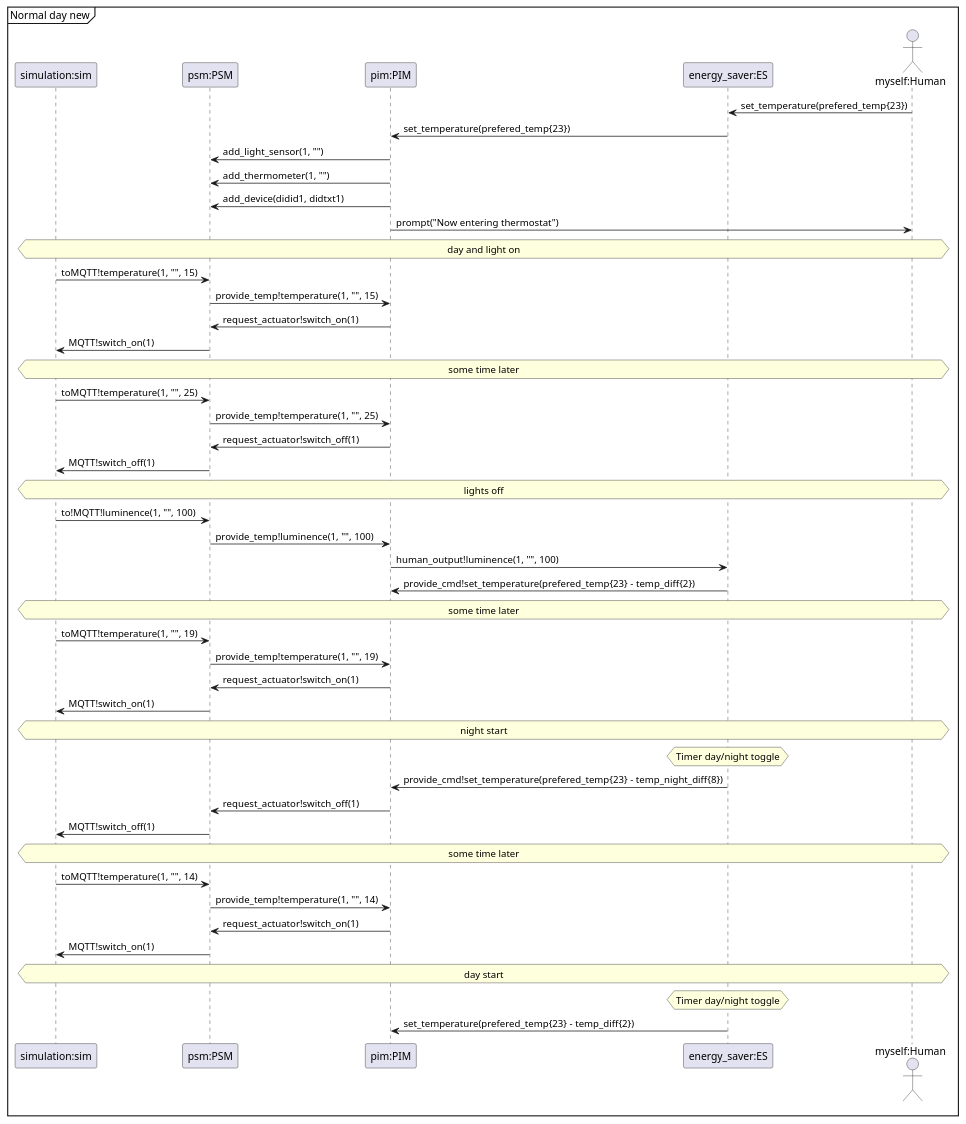
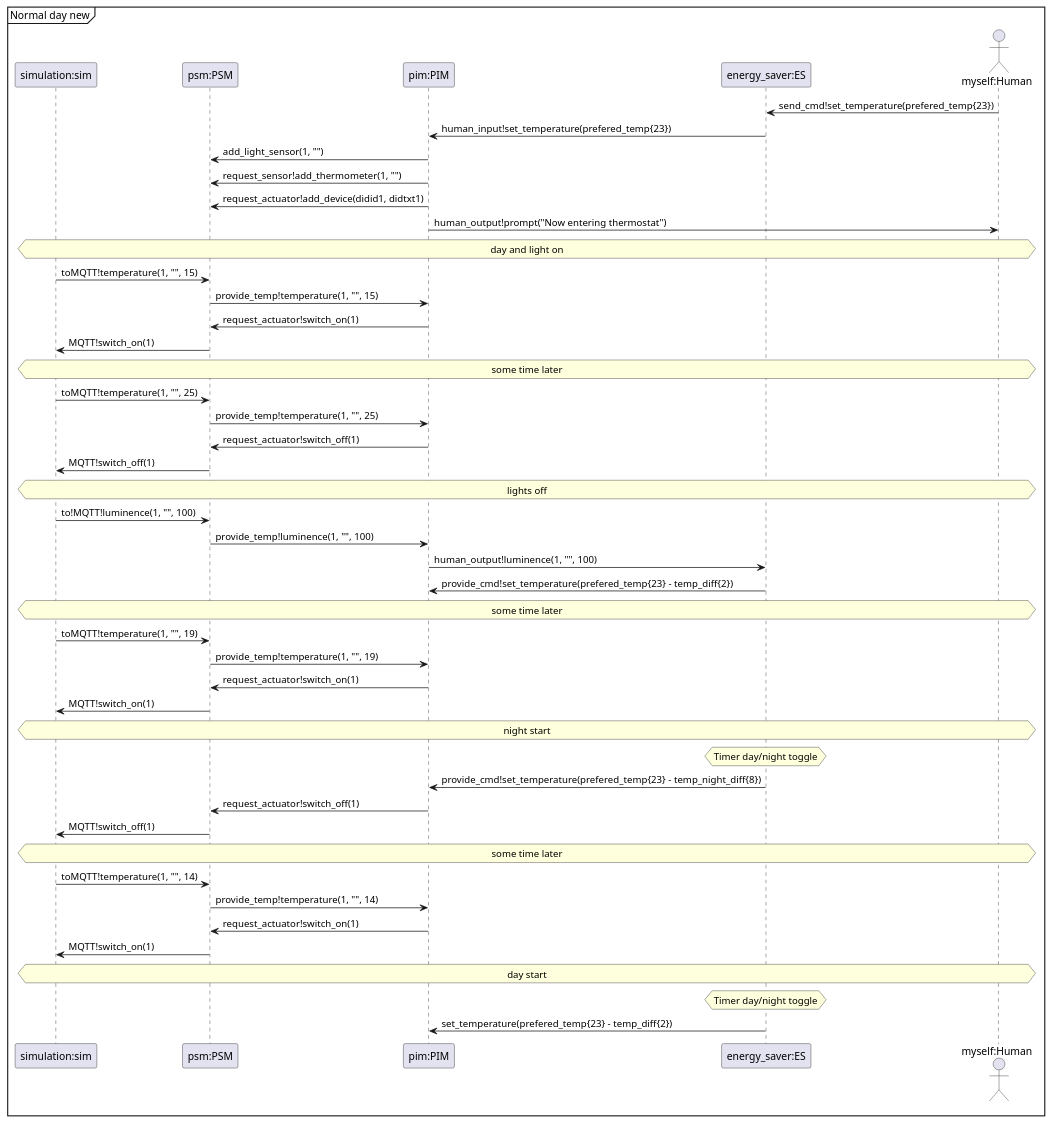
Before and after one commit to Tobhal/HIOF-Models-and-Digital-Twins: the diagram in Oblig1/TheRoomX3D2.MQTT.sim/Diagrams/new - sequence diagram normal day.plantuml, drawn with PlantUML. The commit also changed 1 other file, not shown here.

Commit message:
Update diagrams

```diff
--- a/Oblig1/TheRoomX3D2.MQTT.sim/Diagrams/new - sequence diagram normal day.plantuml
+++ b/Oblig1/TheRoomX3D2.MQTT.sim/Diagrams/new - sequence diagram normal day.plantuml
@@ -1,75 +1,75 @@
 @startuml sequense diagram
 mainframe Normal day new
 
 participant "simulation:sim" as sim
 participant "psm:PSM" as psm
 participant "pim:PIM" as pim
 participant "energy_saver:ES" as es
 actor "myself:Human" as human
 
 'Set preferred temp
-es <- human: set_temperature(prefered_temp{23})
-pim <- es: set_temperature(prefered_temp{23})
+es <- human: send_cmd!set_temperature(prefered_temp{23})
+pim <- es: human_input!set_temperature(prefered_temp{23})
 
 psm <- pim: add_light_sensor(1, "")
 
-psm <- pim: add_thermometer(1, "")
-psm <- pim: add_device(didid1, didtxt1)
+psm <- pim: request_sensor!add_thermometer(1, "")
+psm <- pim: request_actuator!add_device(didid1, didtxt1)
 
-pim -> human: prompt("Now entering thermostat")
+pim -> human: human_output!prompt("Now entering thermostat")
 
 hnote across: day and light on
 'setup compleat
 
 sim -> psm: toMQTT!temperature(1, "", 15)
 psm -> pim: provide_temp!temperature(1, "", 15)
 
 psm <- pim: request_actuator!switch_on(1)
 sim <- psm: MQTT!switch_on(1)
 
 hnote across: some time later
 
 sim -> psm: toMQTT!temperature(1, "", 25)
 psm -> pim: provide_temp!temperature(1, "", 25)
 
 psm <- pim: request_actuator!switch_off(1)
 sim <- psm: MQTT!switch_off(1)
 
 hnote across: lights off
 
 sim -> psm: to!MQTT!luminence(1, "", 100)
 psm -> pim: provide_temp!luminence(1, "", 100)
 pim -> es: human_output!luminence(1, "", 100)
 
 pim <- es: provide_cmd!set_temperature(prefered_temp{23} - temp_diff{2})
 
 hnote across: some time later
 
 sim -> psm: toMQTT!temperature(1, "", 19)
 psm -> pim: provide_temp!temperature(1, "", 19)
 
 psm <- pim: request_actuator!switch_on(1)
 sim <- psm: MQTT!switch_on(1)
 
 hnote across: night start
 hnote over es: Timer day/night toggle
 
 pim <- es: provide_cmd!set_temperature(prefered_temp{23} - temp_night_diff{8})
 
 psm <- pim: request_actuator!switch_off(1)
 sim <- psm: MQTT!switch_off(1)
 
 hnote across: some time later
 
 sim -> psm: toMQTT!temperature(1, "", 14)
 psm -> pim: provide_temp!temperature(1, "", 14)
 
 psm <- pim: request_actuator!switch_on(1)
 sim <- psm: MQTT!switch_on(1)
 
 hnote across: day start
 hnote over es: Timer day/night toggle
 
 pim <- es: set_temperature(prefered_temp{23} - temp_diff{2})
 
 @enduml
```
